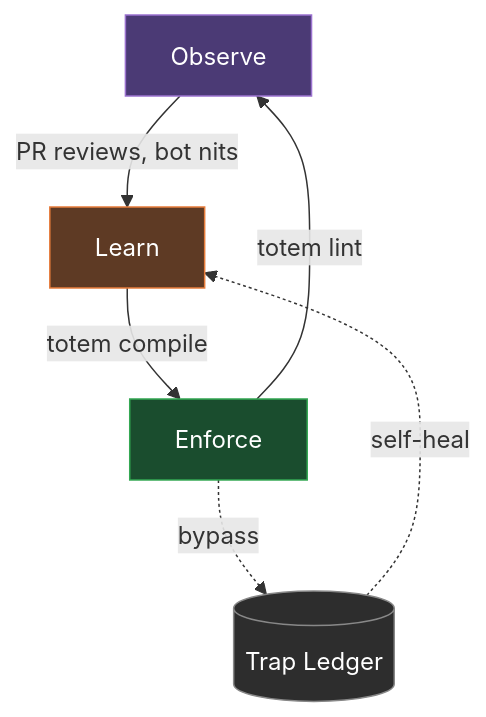
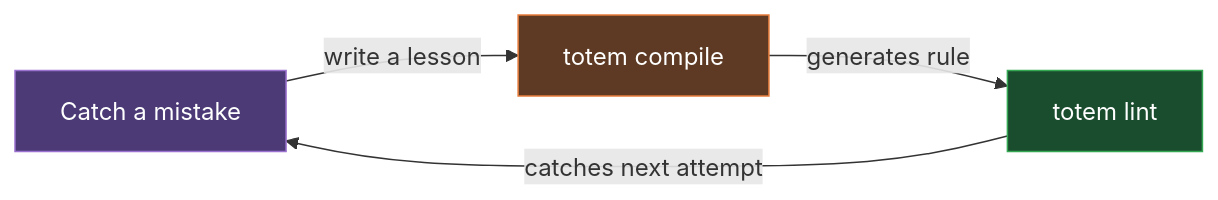
Before and after one commit to mmnto-ai/totem: the diagram in README.md, drawn with Mermaid. The commit also changed other lines of this file, not shown here.

````diff
--- a/README.md
+++ b/README.md
@@ -50,13 +64,10 @@
 ```mermaid
-graph TD
-    Observe["Observe"] -->|"PR reviews, bot nits"| Learn["Learn"]
-    Learn -->|"totem compile"| Enforce["Enforce"]
-    Enforce -->|"totem lint"| Observe
-    Enforce -.->|"bypass"| Ledger[("Trap Ledger")]
-    Ledger -.->|"self-heal"| Learn
+graph LR
+    Catch["Catch a mistake"] -->|write a lesson| Compile["totem compile"]
+    Compile -->|generates rule| Enforce["totem lint"]
+    Enforce -->|catches next attempt| Catch
 
-    style Observe fill:#4b3a75,stroke:#9b72cf,color:#fff
-    style Learn fill:#5e3a24,stroke:#e67c3b,color:#fff
+    style Catch fill:#4b3a75,stroke:#9b72cf,color:#fff
+    style Compile fill:#5e3a24,stroke:#e67c3b,color:#fff
     style Enforce fill:#1a4d2e,stroke:#34a853,color:#fff
-    style Ledger fill:#2d2d2d,stroke:#888,color:#fff
 ```
````
